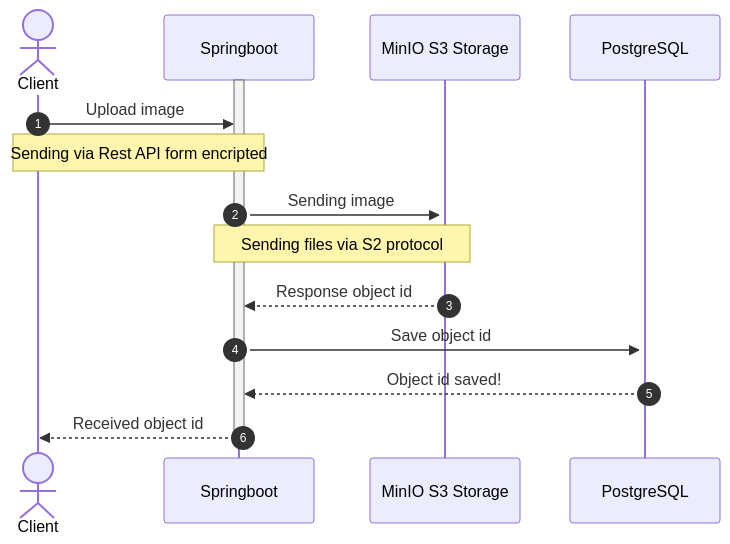
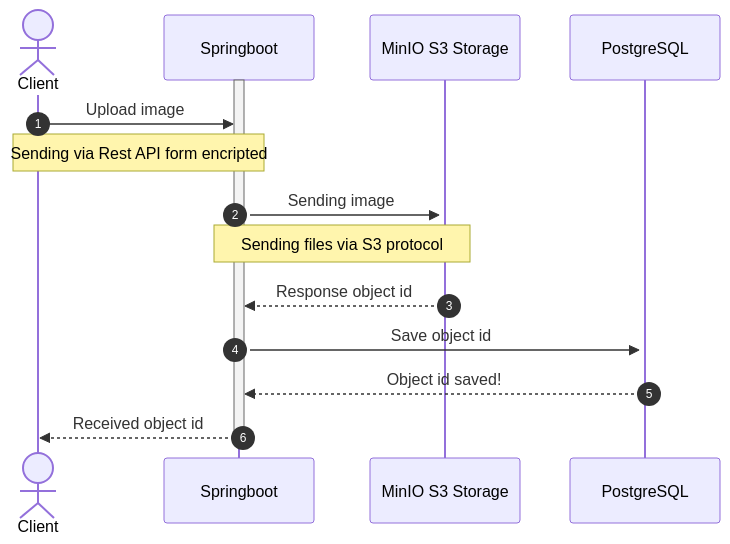
The first of 2 diagrams in README.md (dimMaryanto93/springboot-angular-aws-s3-minio-example), drawn with Mermaid before and after one commit.

Commit message:
update upload via s3 secure

````diff
--- a/README.md
+++ b/README.md
@@ -19,22 +19,22 @@
 ```mermaid
 sequenceDiagram
     autonumber
     actor client AS Client
     participant backend AS Springboot
     participant minio AS MinIO S3 Storage
     participant postgres AS PostgreSQL
 
     activate backend
     activate minio
     activate postgres
 
     client->>backend: Upload image
     Note over client,backend: Sending via Rest API form encripted
     backend->>minio: Sending image
-    Note over backend,minio: Sending files via S2 protocol
+    Note over backend,minio: Sending files via S3 protocol
     minio-->>backend: Response object id
     backend->>postgres: Save object id
     postgres-->>backend: Object id saved!
     backend-->>client: Received object id
     deactivate backend
 ```
````
